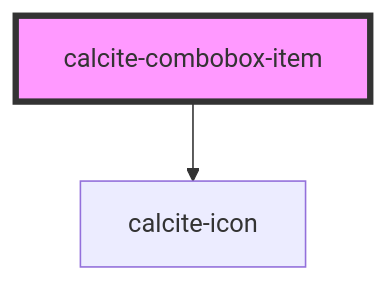
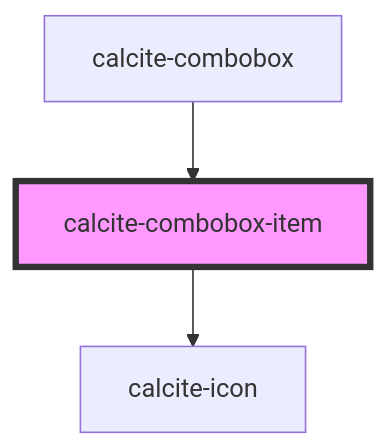
Before and after one commit to vikivakarvc/calcite-design-system: the diagram in src/components/calcite-combobox-item/readme.md, drawn with Mermaid. The commit also changed other lines of this file and 13 other files, not shown here.

````diff
--- a/src/components/calcite-combobox-item/readme.md
+++ b/src/components/calcite-combobox-item/readme.md
@@ -41,5 +46,6 @@
 ```mermaid
 graph TD;
   calcite-combobox-item --> calcite-icon
+  calcite-combobox --> calcite-combobox-item
   style calcite-combobox-item fill:#f9f,stroke:#333,stroke-width:4px
 ```
````
